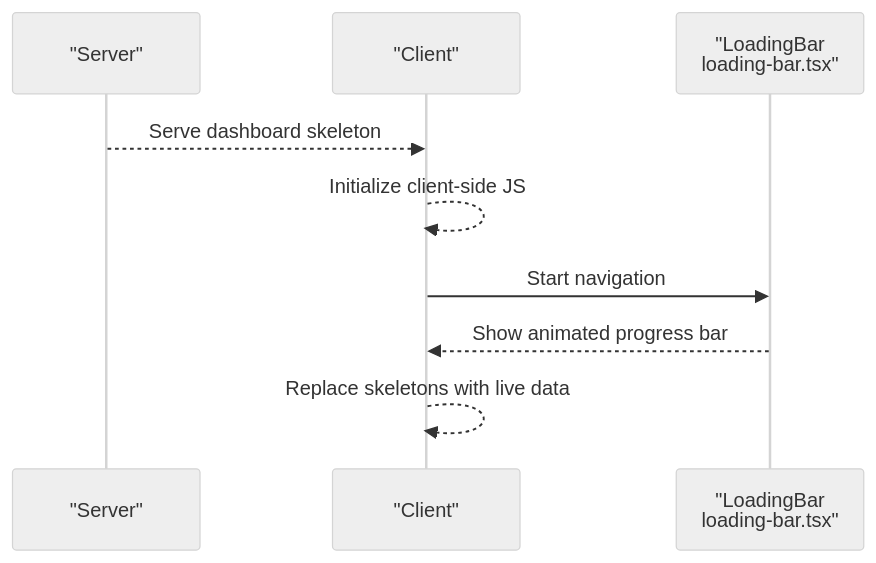
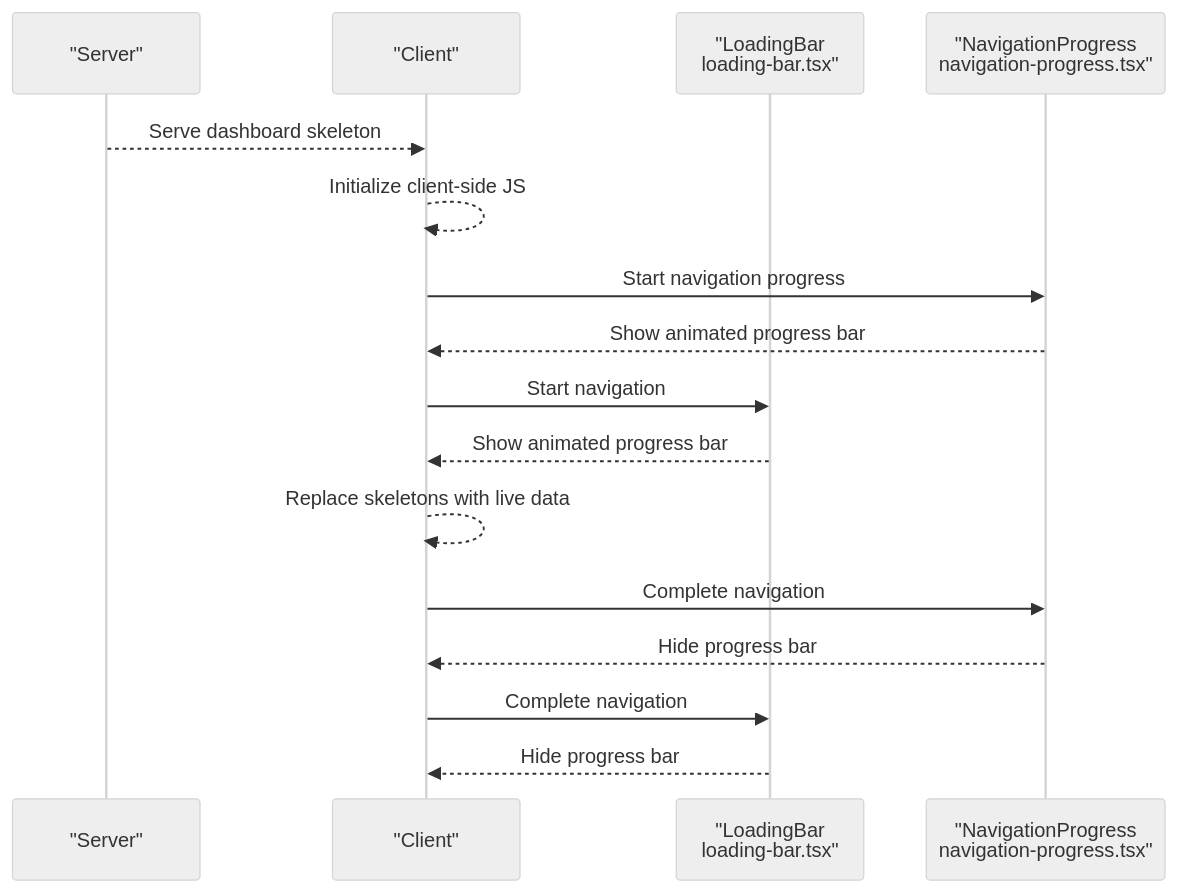
The sixth of 10 diagrams in .qoder/repowiki/en/content/Analytics & Reporting/Dashboard Components.md (celebigilfatih/infrascope), drawn with Mermaid (neutral theme) before and after one commit. The commit also changed other lines of this file and 6 other files, not shown here.

````diff
--- a/.qoder/repowiki/en/content/Analytics & Reporting/Dashboard Components.md
+++ b/.qoder/repowiki/en/content/Analytics & Reporting/Dashboard Components.md
@@ -295,11 +333,18 @@
 ```mermaid
 sequenceDiagram
 participant S as "Server"
 participant C as "Client"
 participant LB as "LoadingBar<br/>loading-bar.tsx"
+participant NP as "NavigationProgress<br/>navigation-progress.tsx"
 S-->>C : Serve dashboard skeleton
 C-->>C : Initialize client-side JS
+C->>NP : Start navigation progress
+NP-->>C : Show animated progress bar
 C->>LB : Start navigation
 LB-->>C : Show animated progress bar
 C-->>C : Replace skeletons with live data
+C->>NP : Complete navigation
+NP-->>C : Hide progress bar
+C->>LB : Complete navigation
+LB-->>C : Hide progress bar
 ```
````
